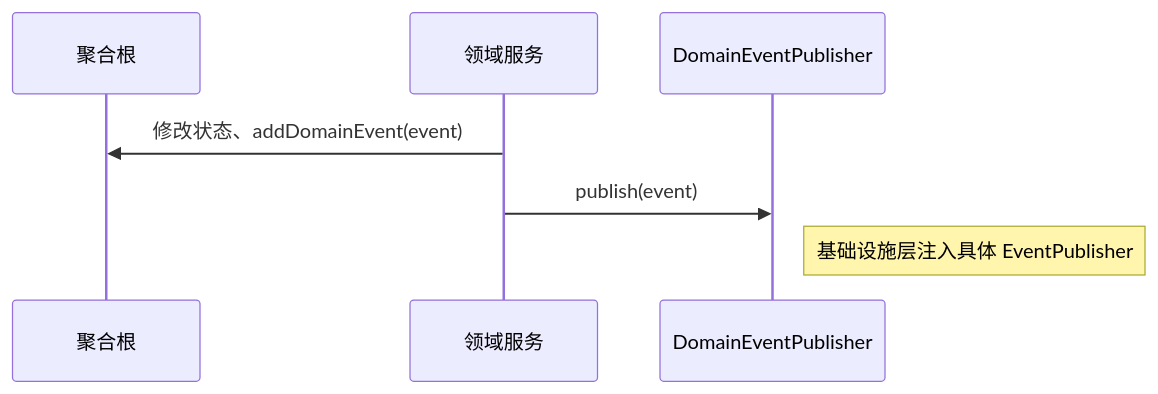
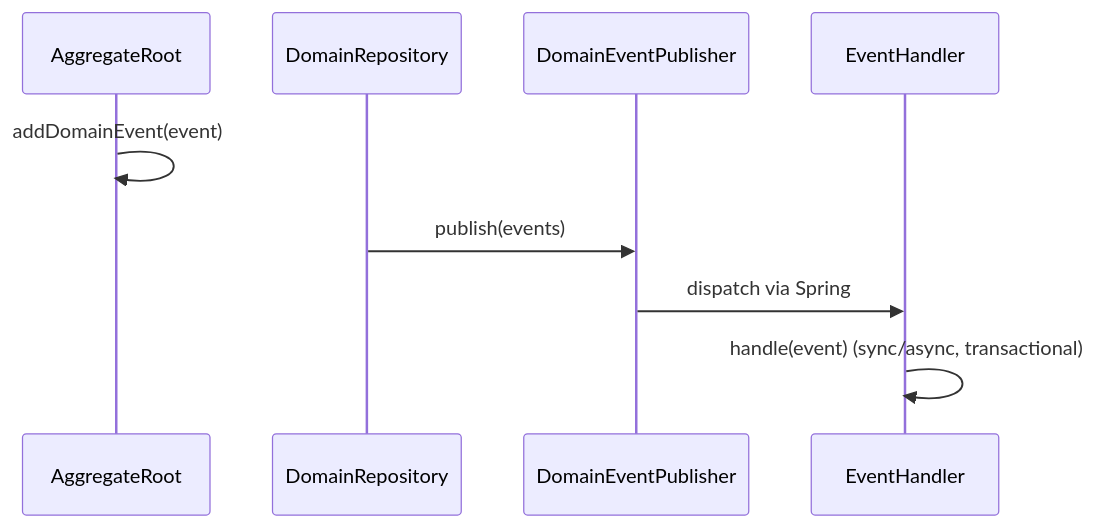
One commit to ANTHEM37/easy-ddd changed the first of 2 diagrams in easy-ddd-domain/README.md. Above: the diagram before and after it, drawn with Mermaid. The commit also changed other lines of this file and 5 other files, not shown here.

First line of the commit message:
docs(easy-ddd): 更新模块文档并统一架构图

````diff
--- a/easy-ddd-domain/README.md
+++ b/easy-ddd-domain/README.md
@@ -33,10 +14,12 @@
 ```mermaid
 sequenceDiagram
-    participant Agg as 聚合根
-    participant DS as 领域服务
-    participant DEP as DomainEventPublisher
+  participant Agg as AggregateRoot
+  participant Repo as DomainRepository
+  participant Pub as DomainEventPublisher
+  participant EH as EventHandler
 
-    DS->>Agg: 修改状态、addDomainEvent(event)
-    DS->>DEP: publish(event)
-    Note right of DEP: 基础设施层注入具体 EventPublisher
+  Agg->>Agg: addDomainEvent(event)
+  Repo->>Pub: publish(events)
+  Pub->>EH: dispatch via Spring
+  EH->>EH: handle(event) (sync/async, transactional)
 ```
````
